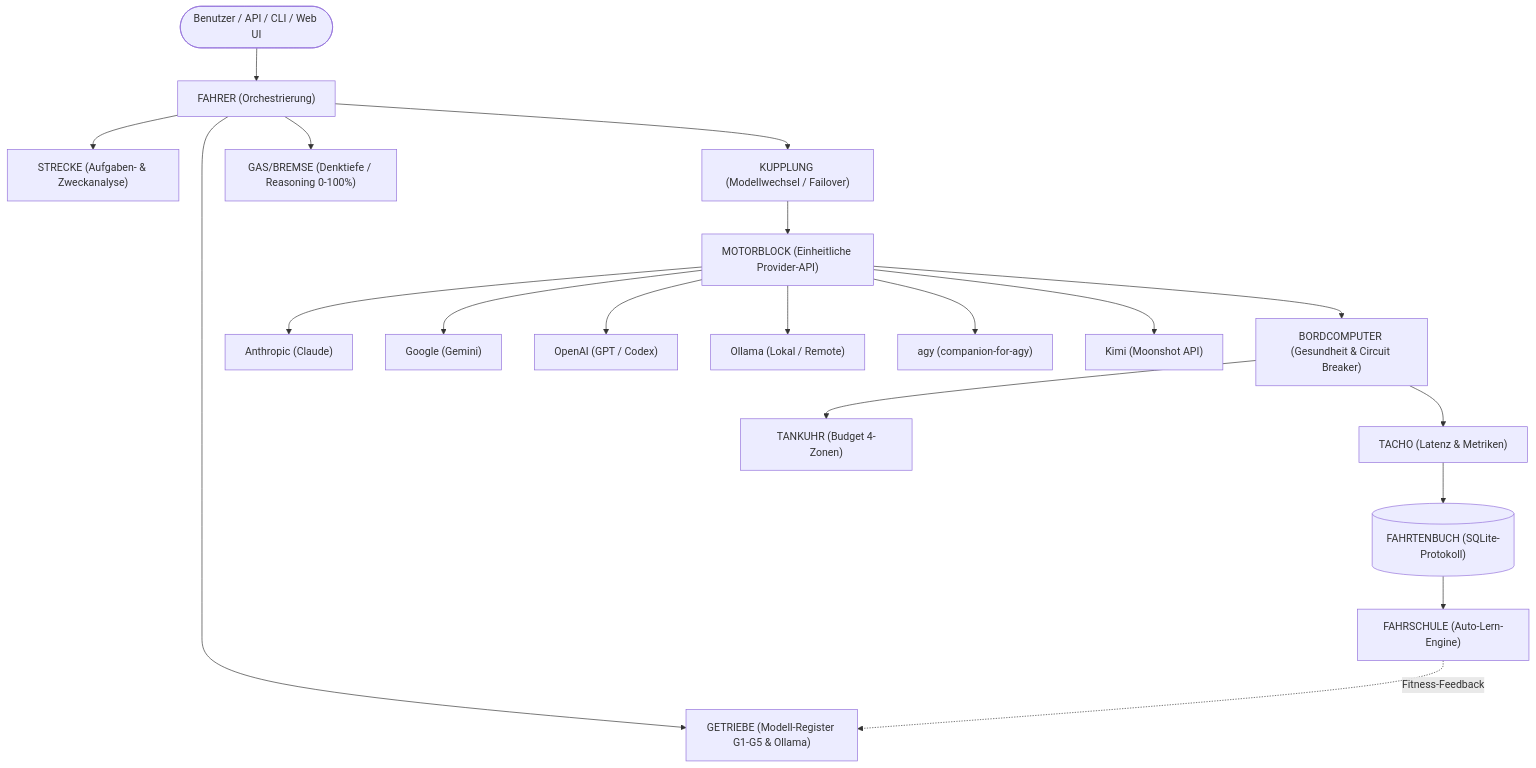
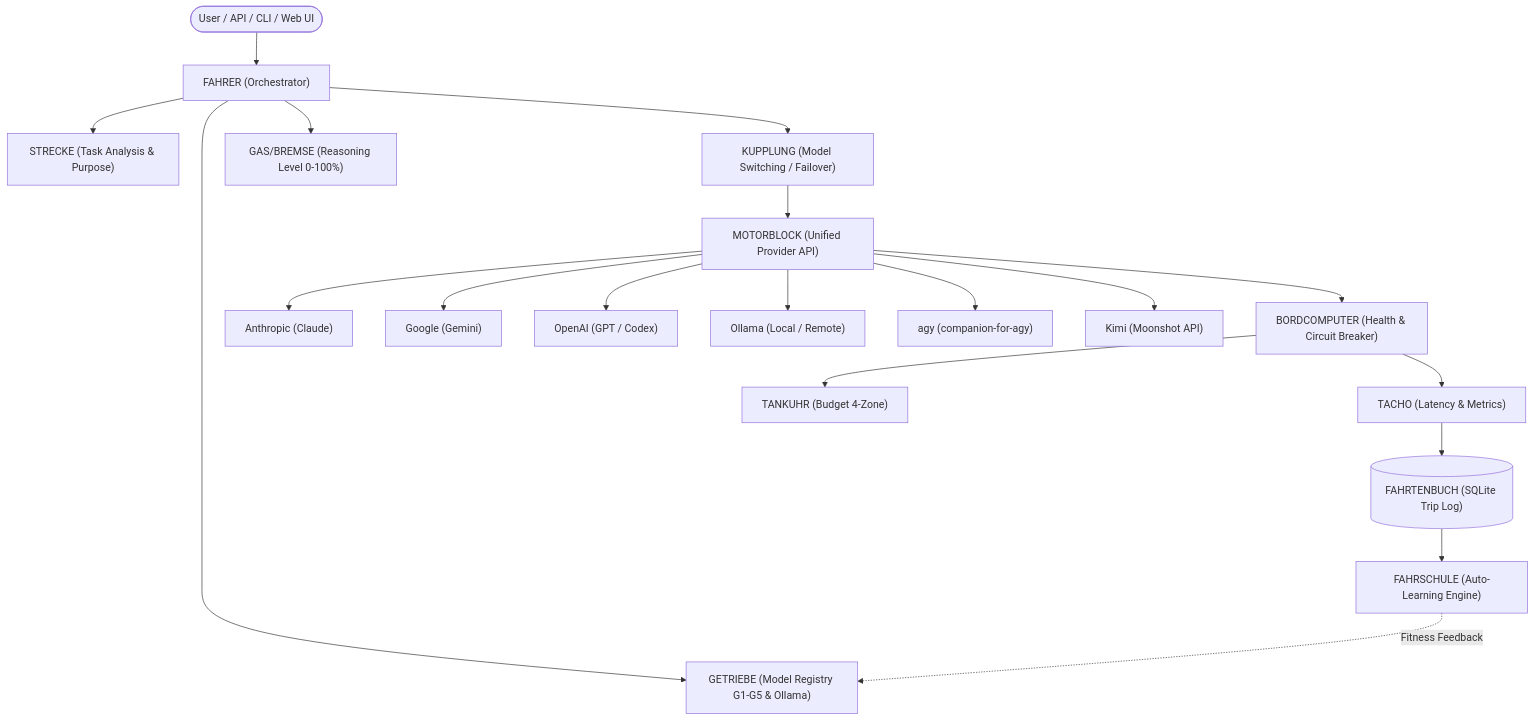
The diagram in README_de.md (ellmos-ai/clutch), drawn with Mermaid before and after one commit. The commit also changed other lines of this file and 1 other file, not shown here.

````diff
--- a/README_de.md
+++ b/README_de.md
@@ -41,21 +41,21 @@
 ```mermaid
 graph TD
-    User([Benutzer / API / CLI / Web UI]) --> Fahrer["FAHRER (Orchestrierung)"]
-    Fahrer --> Strecke["STRECKE (Aufgaben- & Zweckanalyse)"]
-    Fahrer --> Getriebe["GETRIEBE (Modell-Register G1-G5 & Ollama)"]
-    Fahrer --> GasBremse["GAS/BREMSE (Denktiefe / Reasoning 0-100%)"]
-    Fahrer --> Kupplung["KUPPLUNG (Modellwechsel / Failover)"]
-    Kupplung --> MotorBlock["MOTORBLOCK (Einheitliche Provider-API)"]
+    User([User / API / CLI / Web UI]) --> Fahrer["FAHRER (Orchestrator)"]
+    Fahrer --> Strecke["STRECKE (Task Analysis & Purpose)"]
+    Fahrer --> Getriebe["GETRIEBE (Model Registry G1-G5 & Ollama)"]
+    Fahrer --> GasBremse["GAS/BREMSE (Reasoning Level 0-100%)"]
+    Fahrer --> Kupplung["KUPPLUNG (Model Switching / Failover)"]
+    Kupplung --> MotorBlock["MOTORBLOCK (Unified Provider API)"]
     MotorBlock --> Anthropic["Anthropic (Claude)"]
     MotorBlock --> Gemini["Google (Gemini)"]
     MotorBlock --> OpenAI["OpenAI (GPT / Codex)"]
-    MotorBlock --> Ollama["Ollama (Lokal / Remote)"]
+    MotorBlock --> Ollama["Ollama (Local / Remote)"]
     MotorBlock --> Agy["agy (companion-for-agy)"]
     MotorBlock --> Kimi["Kimi (Moonshot API)"]
-    MotorBlock --> Bordcomputer["BORDCOMPUTER (Gesundheit & Circuit Breaker)"]
-    Bordcomputer --> Tankuhr["TANKUHR (Budget 4-Zonen)"]
-    Bordcomputer --> Tacho["TACHO (Latenz & Metriken)"]
-    Tacho --> Fahrtenbuch[("FAHRTENBUCH (SQLite-Protokoll)")]
-    Fahrtenbuch --> Fahrschule["FAHRSCHULE (Auto-Lern-Engine)"]
-    Fahrschule -. Fitness-Feedback .-> Getriebe
+    MotorBlock --> Bordcomputer["BORDCOMPUTER (Health & Circuit Breaker)"]
+    Bordcomputer --> Tankuhr["TANKUHR (Budget 4-Zone)"]
+    Bordcomputer --> Tacho["TACHO (Latency & Metrics)"]
+    Tacho --> Fahrtenbuch[("FAHRTENBUCH (SQLite Trip Log)")]
+    Fahrtenbuch --> Fahrschule["FAHRSCHULE (Auto-Learning Engine)"]
+    Fahrschule -. Fitness Feedback .-> Getriebe
 ```
````
